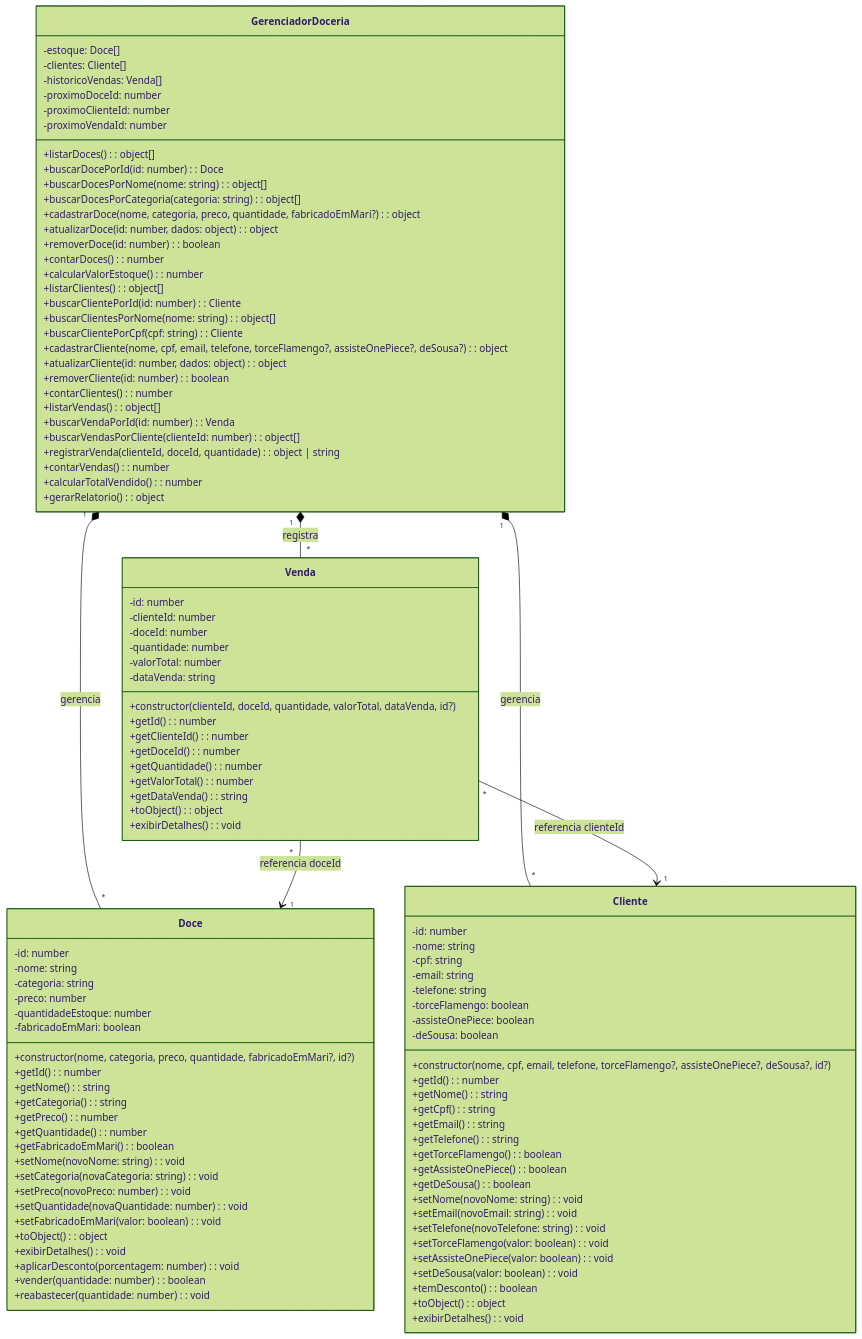
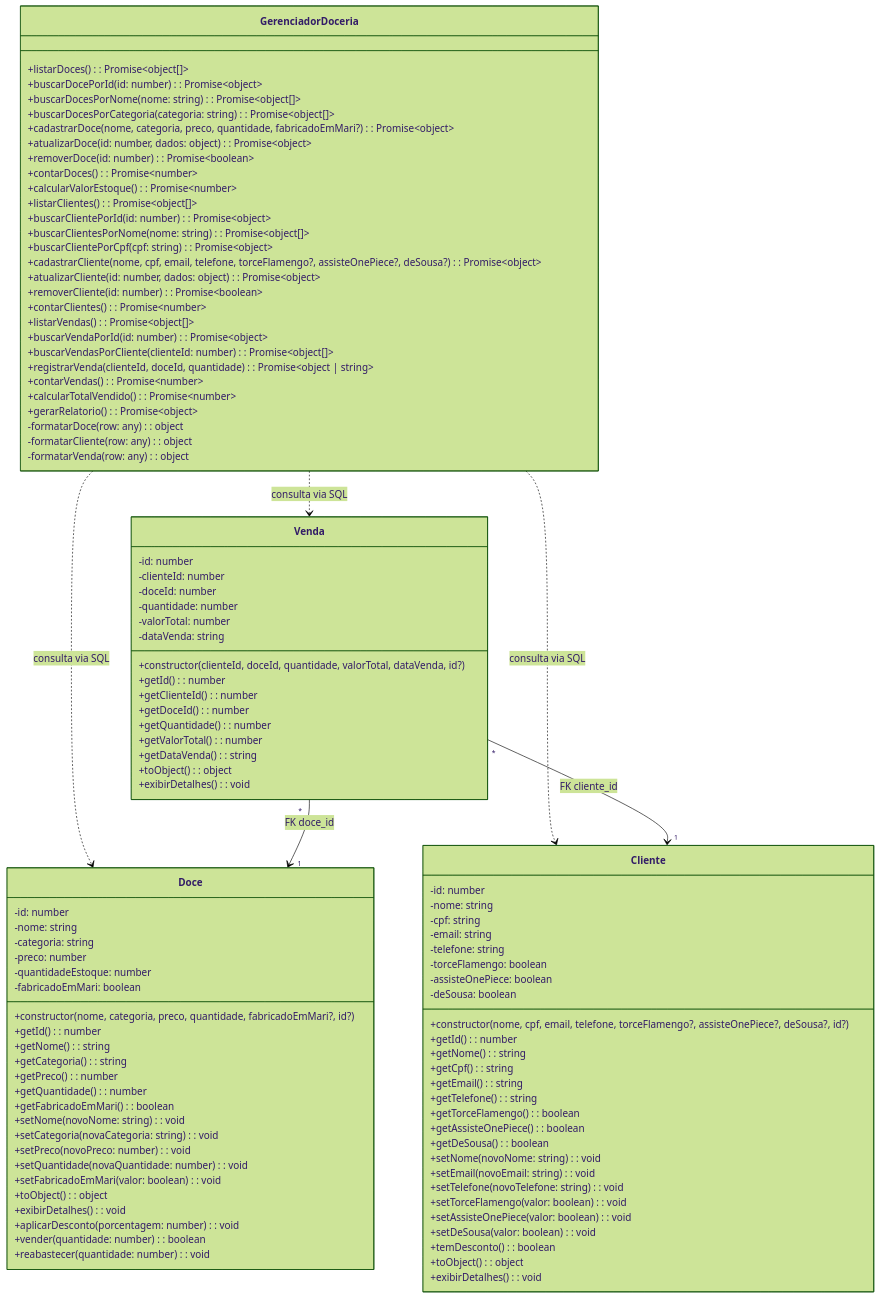
One commit to volo3906/Projeto_doceria_bd changed the diagram in docs/public/DIAGRAMA-UML.md. Above: the diagram before and after it, drawn with Mermaid (forest theme). The commit also changed other lines of this file and 3 other files, not shown here.

Commit message:
docs: atualizar documentacao publica para refletir migracao PostgreSQL

````diff
--- a/docs/public/DIAGRAMA-UML.md
+++ b/docs/public/DIAGRAMA-UML.md
@@ -83,41 +83,38 @@
 }
 
 class GerenciadorDoceria {
-    -estoque: Doce[]
-    -clientes: Cliente[]
-    -historicoVendas: Venda[]
-    -proximoDoceId: number
-    -proximoClienteId: number
-    -proximoVendaId: number
-    +listarDoces(): object[]
-    +buscarDocePorId(id: number): Doce
-    +buscarDocesPorNome(nome: string): object[]
-    +buscarDocesPorCategoria(categoria: string): object[]
-    +cadastrarDoce(nome, categoria, preco, quantidade, fabricadoEmMari?): object
-    +atualizarDoce(id: number, dados: object): object
-    +removerDoce(id: number): boolean
-    +contarDoces(): number
-    +calcularValorEstoque(): number
-    +listarClientes(): object[]
-    +buscarClientePorId(id: number): Cliente
-    +buscarClientesPorNome(nome: string): object[]
-    +buscarClientePorCpf(cpf: string): Cliente
-    +cadastrarCliente(nome, cpf, email, telefone, torceFlamengo?, assisteOnePiece?, deSousa?): object
-    +atualizarCliente(id: number, dados: object): object
-    +removerCliente(id: number): boolean
-    +contarClientes(): number
-    +listarVendas(): object[]
-    +buscarVendaPorId(id: number): Venda
-    +buscarVendasPorCliente(clienteId: number): object[]
-    +registrarVenda(clienteId, doceId, quantidade): object | string
-    +contarVendas(): number
-    +calcularTotalVendido(): number
-    +gerarRelatorio(): object
+    +listarDoces(): Promise~object[]~
+    +buscarDocePorId(id: number): Promise~object~
+    +buscarDocesPorNome(nome: string): Promise~object[]~
+    +buscarDocesPorCategoria(categoria: string): Promise~object[]~
+    +cadastrarDoce(nome, categoria, preco, quantidade, fabricadoEmMari?): Promise~object~
+    +atualizarDoce(id: number, dados: object): Promise~object~
+    +removerDoce(id: number): Promise~boolean~
+    +contarDoces(): Promise~number~
+    +calcularValorEstoque(): Promise~number~
+    +listarClientes(): Promise~object[]~
+    +buscarClientePorId(id: number): Promise~object~
+    +buscarClientesPorNome(nome: string): Promise~object[]~
+    +buscarClientePorCpf(cpf: string): Promise~object~
+    +cadastrarCliente(nome, cpf, email, telefone, torceFlamengo?, assisteOnePiece?, deSousa?): Promise~object~
+    +atualizarCliente(id: number, dados: object): Promise~object~
+    +removerCliente(id: number): Promise~boolean~
+    +contarClientes(): Promise~number~
+    +listarVendas(): Promise~object[]~
+    +buscarVendaPorId(id: number): Promise~object~
+    +buscarVendasPorCliente(clienteId: number): Promise~object[]~
+    +registrarVenda(clienteId, doceId, quantidade): Promise~object | string~
+    +contarVendas(): Promise~number~
+    +calcularTotalVendido(): Promise~number~
+    +gerarRelatorio(): Promise~object~
+    -formatarDoce(row: any): object
+    -formatarCliente(row: any): object
+    -formatarVenda(row: any): object
 }
 
-GerenciadorDoceria "1" *-- "*" Doce : gerencia
-GerenciadorDoceria "1" *-- "*" Cliente : gerencia
-GerenciadorDoceria "1" *-- "*" Venda : registra
-Venda "*" --> "1" Cliente : referencia clienteId
-Venda "*" --> "1" Doce : referencia doceId
+GerenciadorDoceria ..> Doce : consulta via SQL
+GerenciadorDoceria ..> Cliente : consulta via SQL
+GerenciadorDoceria ..> Venda : consulta via SQL
+Venda "*" --> "1" Cliente : FK cliente_id
+Venda "*" --> "1" Doce : FK doce_id
 ```
````
